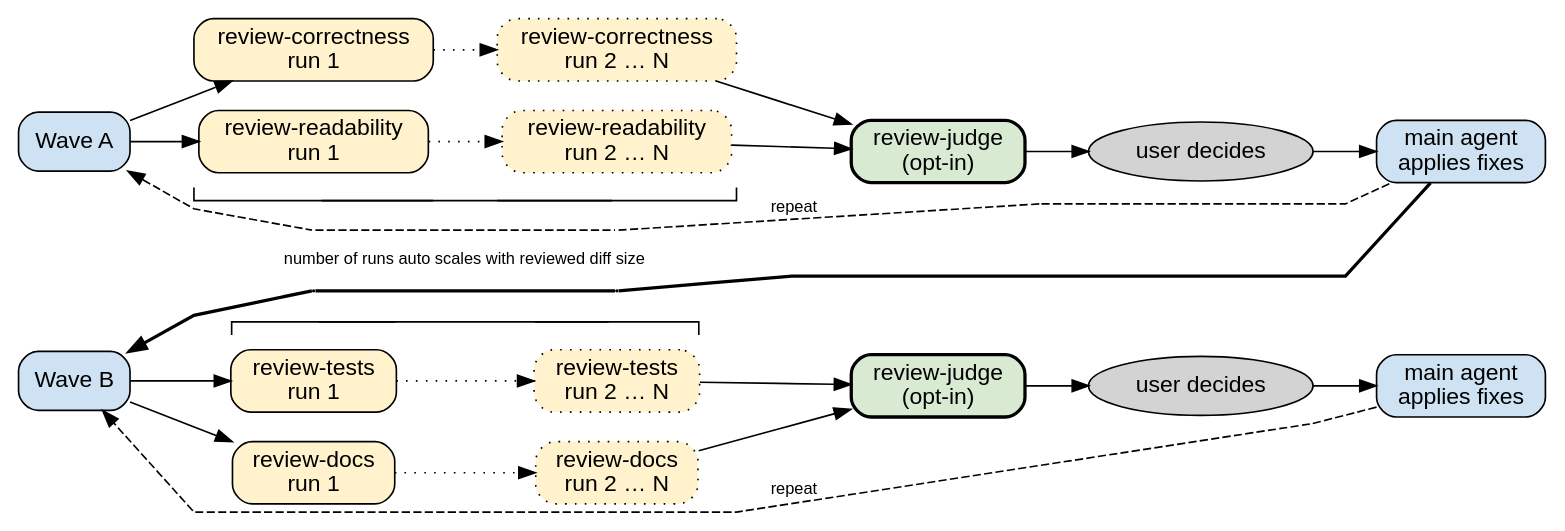
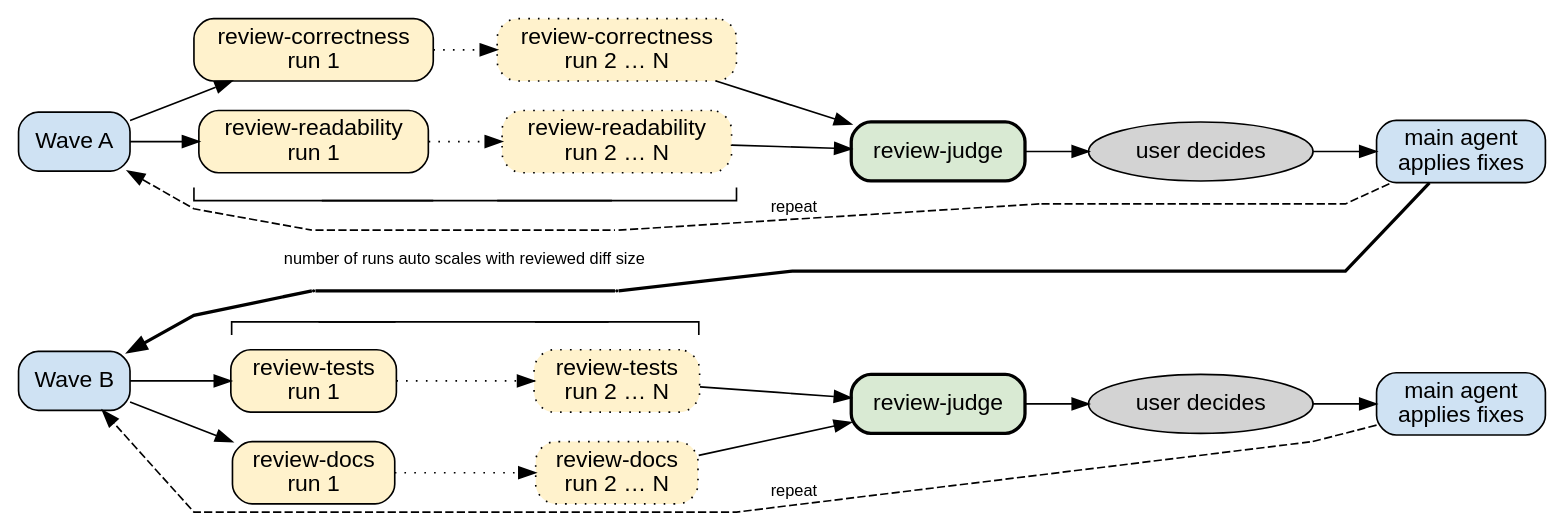
Before and after one commit to desbma/agent-skills: the diagram in docs/review-auto-loop.dot, drawn with Graphviz. The commit also changed 5 other files, not shown here.

Commit message:
feat(review-auto-loop): enable judge by default

```diff
--- a/docs/review-auto-loop.dot
+++ b/docs/review-auto-loop.dot
@@ -1,116 +1,116 @@
 digraph review_workflow {
     rankdir=LR
     splines=polyline
     // Ranks doubled through minlen, leaving a free rank between run columns for the note
     ranksep=0.25
     // Halved, so the column ordering edges space boxes as usual and hug brackets to their row
     nodesep=0.125
     node [shape=box, style="rounded,filled", fontname="Helvetica"]
     edge [fontname="Helvetica", fontsize=10, minlen=2]
 
     // Main agent
     node [fillcolor="#cfe2f3"]
     wave_a [label="Wave A"]
     wave_b [label="Wave B"]
     apply_a [group=a, label="main agent\napplies fixes"]
     apply_b [group=b, label="main agent\napplies fixes"]
 
     // Reviewers
     node [fillcolor="#fff2cc"]
     correctness [label="review-correctness\nrun 1"]
     readability [label="review-readability\nrun 1"]
     tests [label="review-tests\nrun 1"]
     docs [label="review-docs\nrun 1"]
     node [style="rounded,filled,dotted"]
     correctness_n [label="review-correctness\nrun 2 … N"]
     readability_n [label="review-readability\nrun 2 … N"]
     tests_n [label="review-tests\nrun 2 … N"]
     docs_n [label="review-docs\nrun 2 … N"]
 
     // Judge
     node [style="rounded,filled,bold", fillcolor="#d9ead3"]
-    judge_a [group=a, label="review-judge\n(opt-in)"]
-    judge_b [group=b, label="review-judge\n(opt-in)"]
+    judge_a [group=a, label="review-judge"]
+    judge_b [group=b, label="review-judge"]
 
     // User
     node [shape=ellipse, style=filled, fillcolor=lightgrey]
     user_a [group=a, label="user decides"]
     user_b [group=b, label="user decides"]
 
     // Brackets spanning the reviewer boxes of each row, one half per run column, widths matching the row's widest box
     node [shape=plain, style=""]
     bracket_a1 [label=<<table border="0" cellborder="1" cellspacing="0"><tr><td sides="LB" width="146" height="8"></td></tr></table>>]
     bracket_a2 [label=<<table border="0" cellborder="1" cellspacing="0"><tr><td sides="BR" width="146" height="8"></td></tr></table>>]
     bracket_b1 [label=<<table border="0" cellborder="1" cellspacing="0"><tr><td sides="LT" width="100" height="8"></td></tr></table>>]
     bracket_b2 [label=<<table border="0" cellborder="1" cellspacing="0"><tr><td sides="TR" width="100" height="8"></td></tr></table>>]
 
     // Waypoints pinning the lines crossing between the rows, and the note between them
     node [shape=point, style=invis, width=0]
     repeat_a1; repeat_a2; repeat_a3; note_1; note; note_2
     // Dots as wide as the hand-off line, joining its segments
     node [style="", width=0.028, penwidth=0, fillcolor=black]
     handoff_1; handoff_2
 
     // One row per wave, time running left to right within a row
     {rank=same; wave_a; wave_b}
 
     // Top to bottom order of each run column, brackets hugging their row
     {
         rank=same
         edge [style=invis, minlen=1]
         correctness -> readability
         bracket_a1 -> repeat_a1 -> note_1 -> handoff_1 -> bracket_b1
         tests -> docs
         edge [minlen=0]
         readability -> bracket_a1
         bracket_b1 -> tests
     }
     {
         rank=same
         edge [style=invis, minlen=1]
         correctness_n -> readability_n
         bracket_a2 -> repeat_a2 -> note_2 -> handoff_2 -> bracket_b2
         tests_n -> docs_n
         edge [minlen=0]
         readability_n -> bracket_a2
         bracket_b2 -> tests_n
     }
 
     bracket_a1:se -> bracket_a2:sw [dir=none]
     bracket_b1:ne -> bracket_b2:nw [dir=none]
 
     // Note centered in the free rank between run columns
     note_1 -> note [color=transparent, dir=none, minlen=1, headlabel="number of runs auto scales with reviewed diff size", labeldistance=0]
     note -> note_2 [style=invis, minlen=1]
 
     // Wave A
     wave_a -> correctness
     wave_a -> readability
     correctness -> correctness_n [style=dotted]
     readability -> readability_n [style=dotted]
     correctness_n -> judge_a
     readability_n -> judge_a
     judge_a -> user_a
     user_a -> apply_a
     // Repeat split at waypoints, its label landing between the run and judge columns like wave B's
     wave_a -> repeat_a1 [style=dashed, dir=back]
     repeat_a1 -> repeat_a2 [style=dashed, dir=none]
     repeat_a2 -> repeat_a3 [label="repeat", style=dashed, dir=none]
     repeat_a3 -> apply_a [style=dashed, dir=none]
 
     // Hand-off to wave B, declared reversed so dot routes it as a forward edge between the rows
     wave_b -> handoff_1 [penwidth=2, dir=back]
     handoff_1 -> handoff_2 [penwidth=2, dir=none]
     handoff_2 -> apply_a [penwidth=2, dir=none]
 
     // Wave B
     wave_b -> tests
     wave_b -> docs
     tests -> tests_n [style=dotted]
     docs -> docs_n [style=dotted]
     tests_n -> judge_b
     docs_n -> judge_b
     judge_b -> user_b
     user_b -> apply_b
     apply_b -> wave_b [label="repeat", style=dashed, constraint=false]
 }
```
